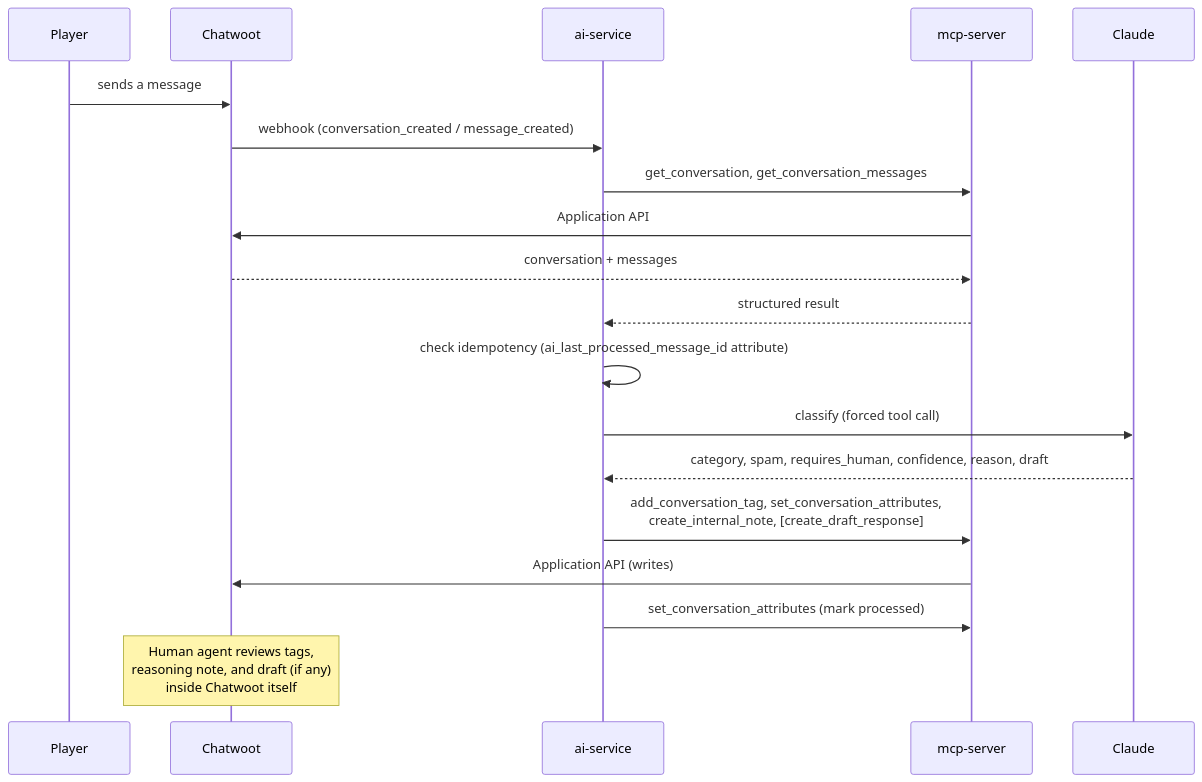
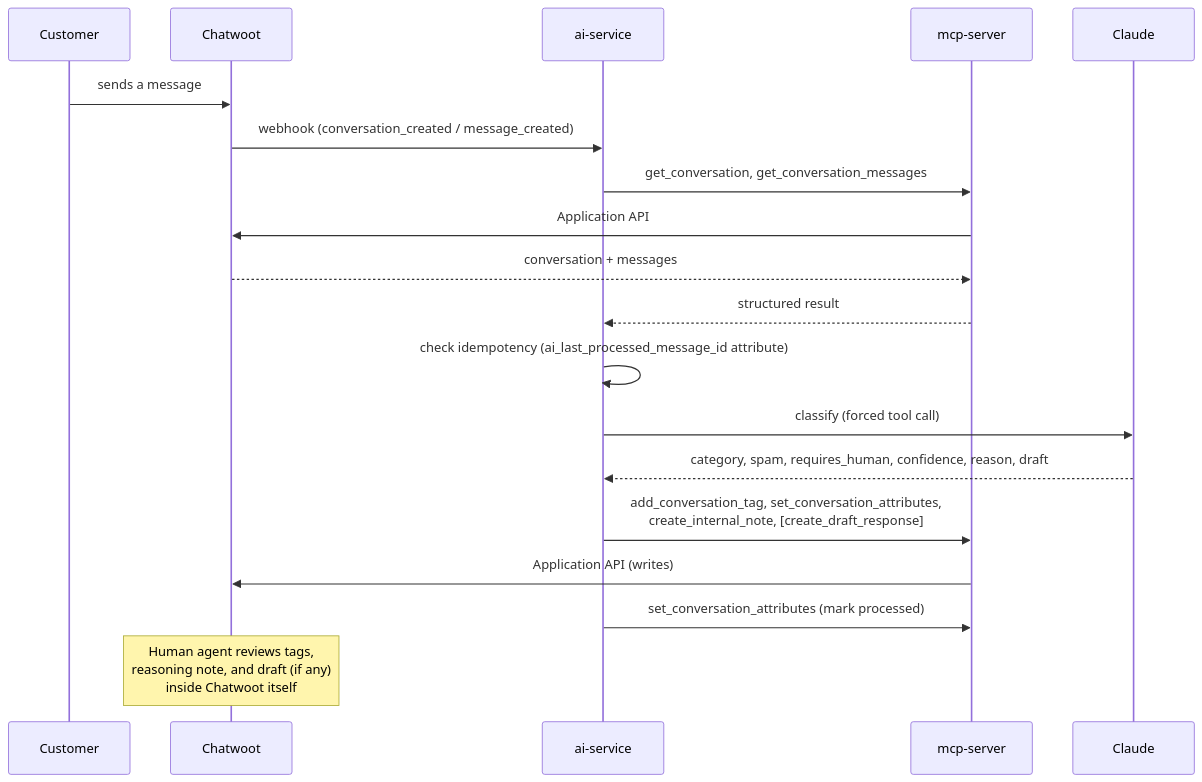
Before and after one commit to A-Locke/ai-game-support-platform: the second of 2 diagrams in docs/architecture.md, drawn with Mermaid. The commit also changed other lines of this file and 40 other files, not shown here.

````diff
--- a/docs/architecture.md
+++ b/docs/architecture.md
@@ -65,22 +65,22 @@
 ```mermaid
 sequenceDiagram
-    participant Player
+    participant Customer
     participant Chatwoot
     participant ai-service
     participant mcp-server
     participant Claude
 
-    Player->>Chatwoot: sends a message
+    Customer->>Chatwoot: sends a message
     Chatwoot->>ai-service: webhook (conversation_created / message_created)
     ai-service->>mcp-server: get_conversation, get_conversation_messages
     mcp-server->>Chatwoot: Application API
     Chatwoot-->>mcp-server: conversation + messages
     mcp-server-->>ai-service: structured result
     ai-service->>ai-service: check idempotency (ai_last_processed_message_id attribute)
     ai-service->>Claude: classify (forced tool call)
     Claude-->>ai-service: category, spam, requires_human, confidence, reason, draft
     ai-service->>mcp-server: add_conversation_tag, set_conversation_attributes,<br/>create_internal_note, [create_draft_response]
     mcp-server->>Chatwoot: Application API (writes)
     ai-service->>mcp-server: set_conversation_attributes (mark processed)
     Note over Chatwoot: Human agent reviews tags,<br/>reasoning note, and draft (if any)<br/>inside Chatwoot itself
 ```
````
